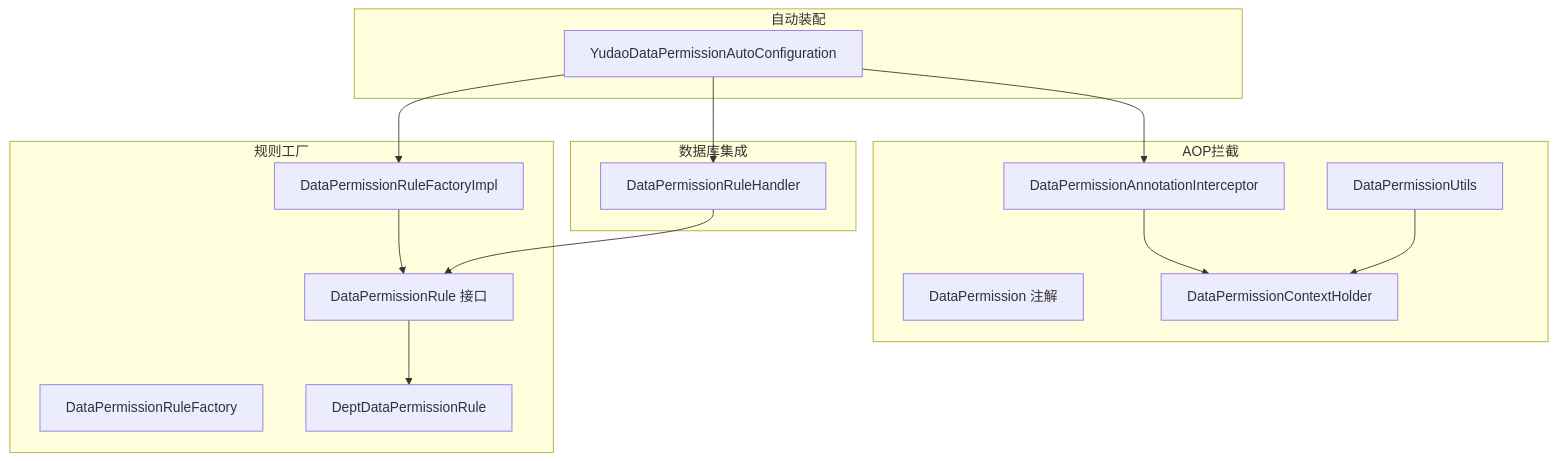
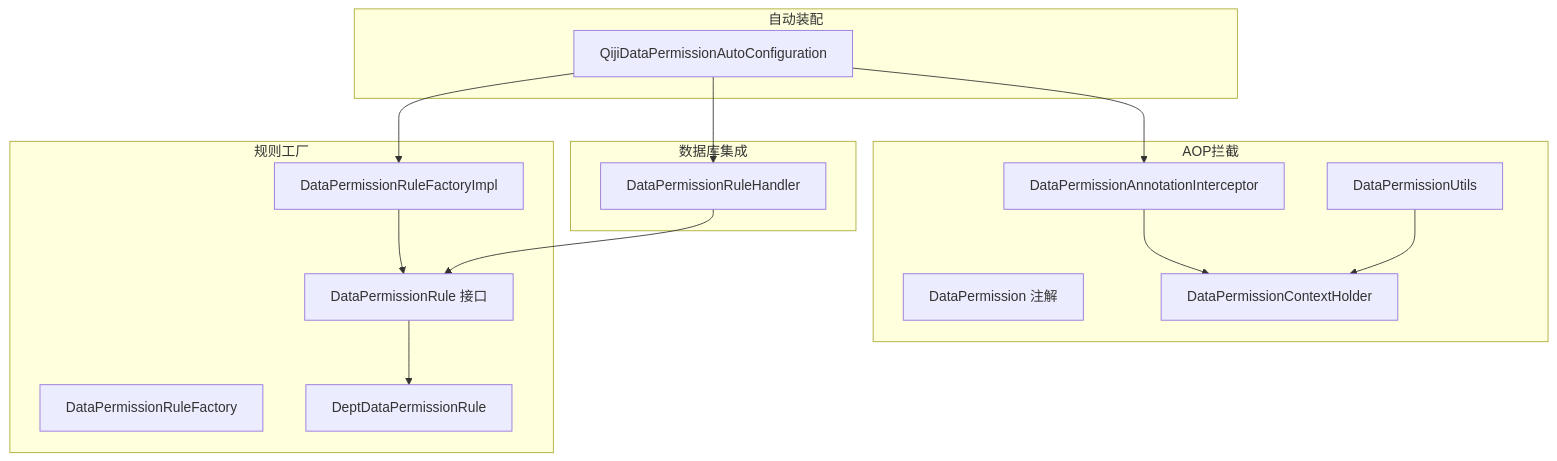
Before and after one commit to zhuangpengLI/AgenticCPS: the first of 7 diagrams in backend/.qoder/repowiki/zh/content/安全与权限/权限控制/数据权限控制.md, drawn with Mermaid. The commit also changed other lines of this file and 3489 other files, not shown here.

````diff
--- a/backend/.qoder/repowiki/zh/content/安全与权限/权限控制/数据权限控制.md
+++ b/backend/.qoder/repowiki/zh/content/安全与权限/权限控制/数据权限控制.md
@@ -46,29 +46,29 @@
 ```mermaid
 graph TB
 subgraph "自动装配"
-AutoCfg["YudaoDataPermissionAutoConfiguration"]
+AutoCfg["QijiDataPermissionAutoConfiguration"]
 end
 subgraph "AOP拦截"
 DPAnn["DataPermission 注解"]
 Interceptor["DataPermissionAnnotationInterceptor"]
 Ctx["DataPermissionContextHolder"]
 Utils["DataPermissionUtils"]
 end
 subgraph "规则工厂"
 FactoryIF["DataPermissionRuleFactory"]
 FactoryImpl["DataPermissionRuleFactoryImpl"]
 RuleIF["DataPermissionRule 接口"]
 DeptRule["DeptDataPermissionRule"]
 end
 subgraph "数据库集成"
 Handler["DataPermissionRuleHandler"]
 end
 AutoCfg --> FactoryImpl
 AutoCfg --> Handler
 AutoCfg --> Interceptor
 Interceptor --> Ctx
 Utils --> Ctx
 FactoryImpl --> RuleIF
 RuleIF --> DeptRule
 Handler --> RuleIF
 ```
````
